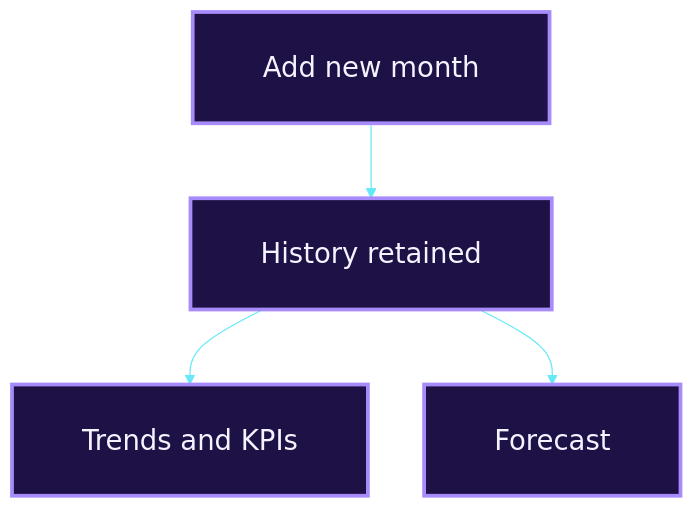
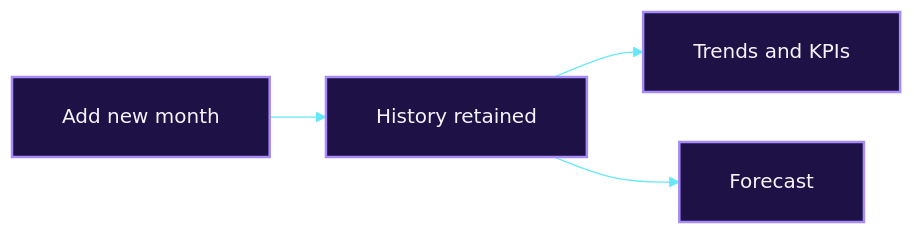
The sixth of 13 diagrams in README.md (Mansi232323/MANSHORA), drawn with Mermaid before and after one commit. The commit also changed other lines of this file, not shown here.

````diff
--- a/README.md
+++ b/README.md
@@ -235,9 +222,9 @@
 ```mermaid
-%%{init: {'theme':'base','themeVariables':{'fontSize':'22px','fontFamily':'Arial, Helvetica, sans-serif','lineColor':'#67e8f9','clusterBkg':'#0f0f2b','clusterBorder':'#a78bfa','titleColor':'#e9d5ff','edgeLabelBackground':'#0f0f2b'},'flowchart':{'nodeSpacing':45,'rankSpacing':60,'padding':28,'htmlLabels':false,'useMaxWidth':true}}}%%
-flowchart TB
+%%{init: {'theme':'base','themeVariables':{'fontSize':'16px','fontFamily':'Arial, Helvetica, sans-serif','lineColor':'#67e8f9'},'flowchart':{'htmlLabels':true,'nodeSpacing':40,'rankSpacing':45,'padding':20,'wrappingWidth':260}}}%%
+flowchart LR
     M["Add new month"] --> H["History retained"]
     H --> T["Trends and KPIs"]
     H --> F["Forecast"]
-    classDef a fill:#1e1145,stroke:#a78bfa,stroke-width:3px,color:#f5f3ff
+    classDef a fill:#1e1145,stroke:#a78bfa,stroke-width:2px,color:#f5f3ff
     class M,H,T,F a
 ```
````
